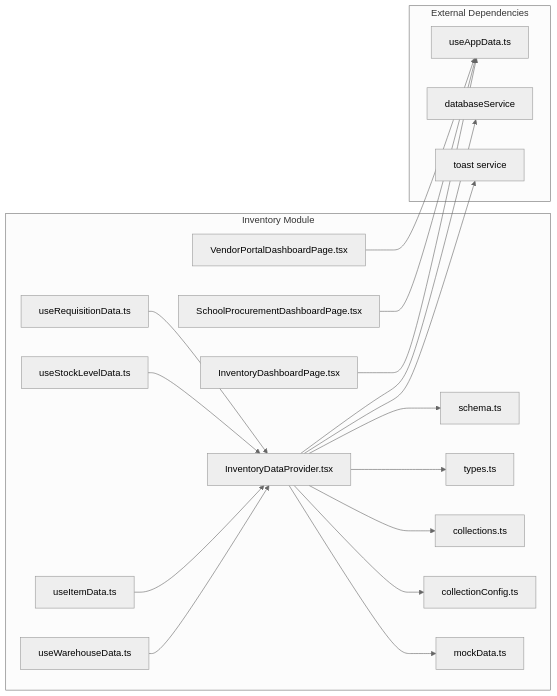
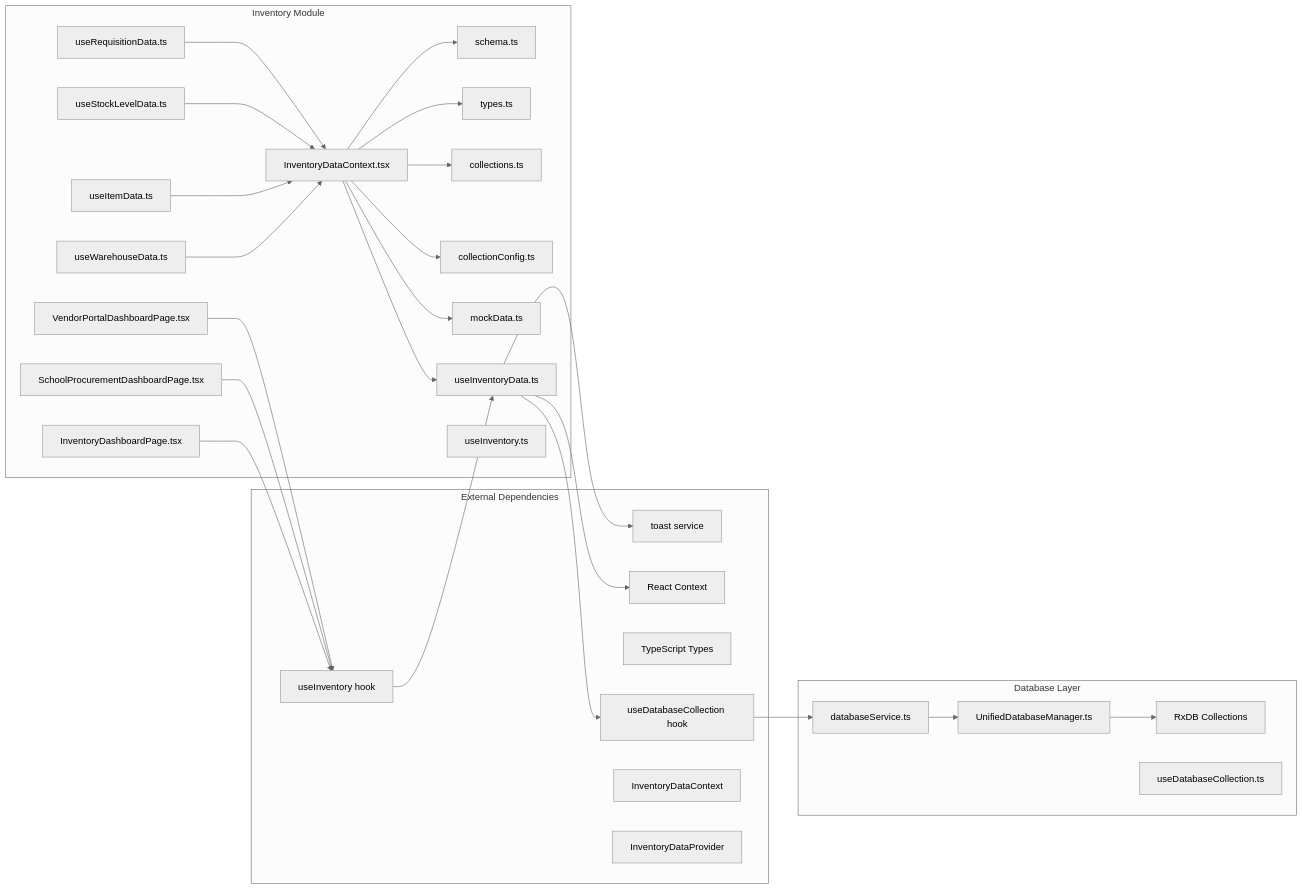
The ninth of 9 diagrams in .qoder/repowiki/en/content/Modules System/Inventory Module.md (geniusdynamics/schoolpilot), drawn with Mermaid (neutral theme) before and after one commit. The commit also changed other lines of this file and 16 other files, not shown here.

````diff
--- a/.qoder/repowiki/en/content/Modules System/Inventory Module.md
+++ b/.qoder/repowiki/en/content/Modules System/Inventory Module.md
@@ -612,37 +795,55 @@
 ```mermaid
 graph LR
 subgraph "Inventory Module"
 A[schema.ts]
 B[types.ts]
 C[collections.ts]
 D[collectionConfig.ts]
-E[InventoryDataProvider.tsx]
+E[InventoryDataContext.tsx]
 F[mockData.ts]
 G[useWarehouseData.ts]
 H[useItemData.ts]
 I[useStockLevelData.ts]
 J[useRequisitionData.ts]
-K[InventoryDashboardPage.tsx]
-L[SchoolProcurementDashboardPage.tsx]
-M[VendorPortalDashboardPage.tsx]
+K[useInventoryData.ts]
+L[useInventory.ts]
+M[InventoryDashboardPage.tsx]
+N[SchoolProcurementDashboardPage.tsx]
+O[VendorPortalDashboardPage.tsx]
+end
+subgraph "Database Layer"
+P[databaseService.ts]
+Q[UnifiedDatabaseManager.ts]
+R[RxDB Collections]
+S[useDatabaseCollection.ts]
 end
 subgraph "External Dependencies"
-N[useAppData.ts]
-O[databaseService]
-P[toast service]
+T[toast service]
+U[React Context]
+V[TypeScript Types]
+W[useInventory hook]
+X[useDatabaseCollection hook]
+Y[InventoryDataContext]
+Z[InventoryDataProvider]
 end
-K --> N
-L --> N
-M --> N
-E --> O
-E --> P
+M --> W
+N --> W
+O --> W
+W --> K
+K --> X
+E --> K
 E --> A
 E --> B
 E --> C
 E --> D
 E --> F
+X --> P
+P --> Q
+Q --> R
+K --> T
+K --> U
 G --> E
 H --> E
 I --> E
 J --> E
 ```
````
